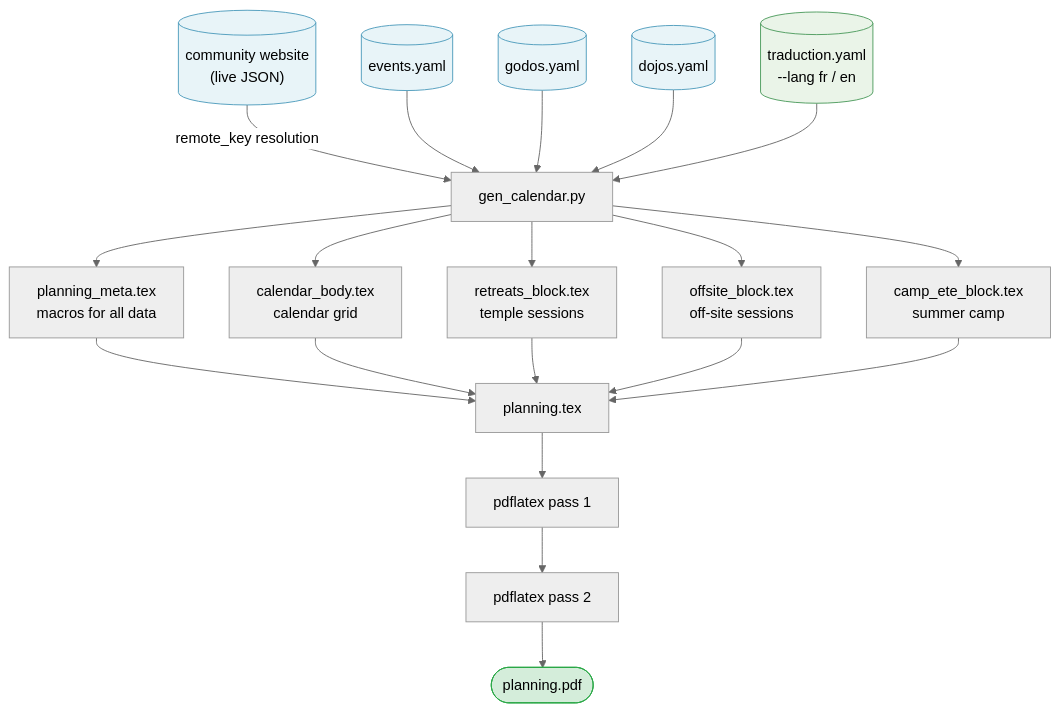
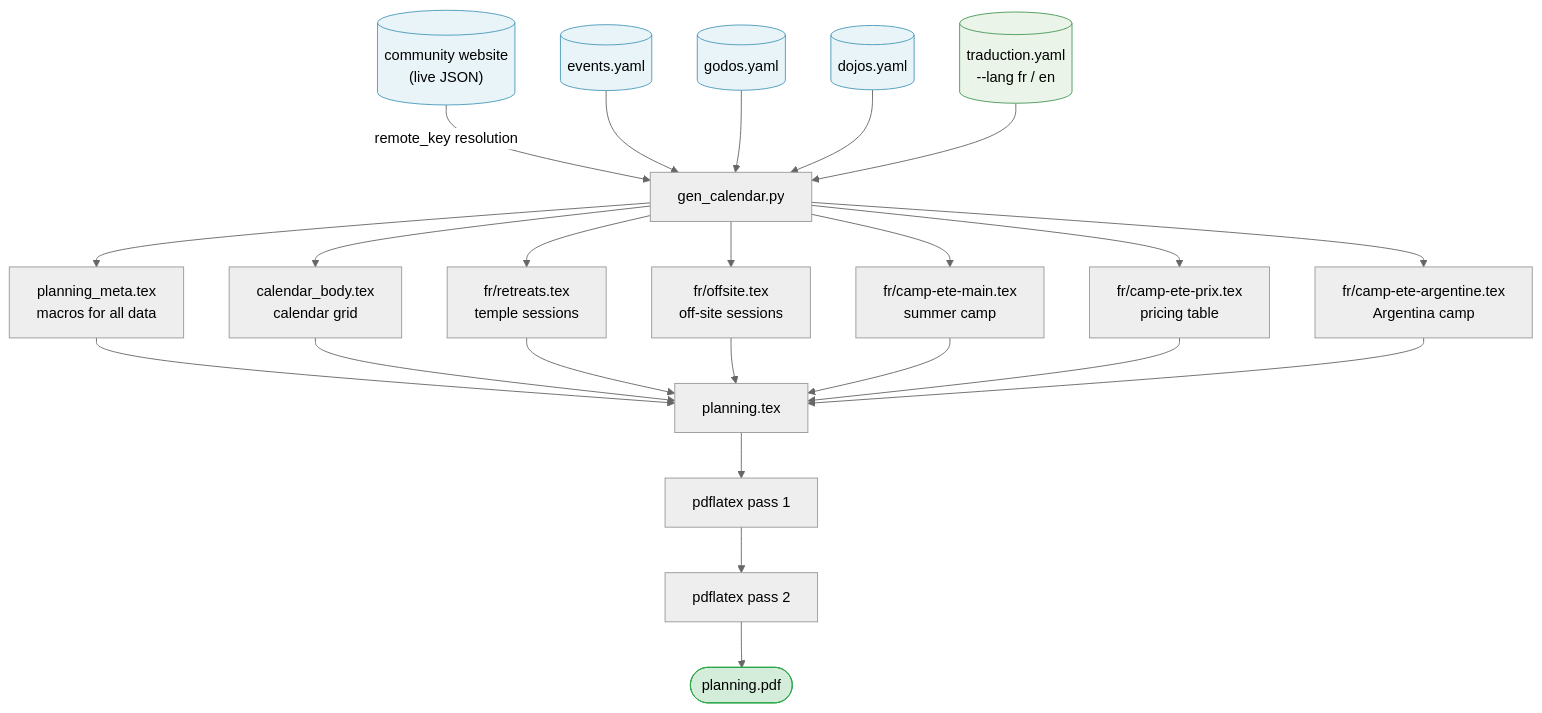
One commit to olivier-carrere/redaction-technique.org changed the diagram in src/content/blog/planning-poster-layout-data-generation-separation.mdx. Above: the diagram before and after it, drawn with Mermaid (neutral theme). The commit also changed other lines of this file, not shown here.

Commit message:
fix(blog): correct diagram to real fr/ filenames, add two missing fragment boxes
retreats_block.tex / offsite_block.tex / camp_ete_block.tex were the wrong
files — planning.tex inputs the fr/ language-specific fragments. Added
camp-ete-prix.tex and camp-ete-argentine.tex so the diagram matches the five
content fragments named in prose.

````diff
--- a/src/content/blog/planning-poster-layout-data-generation-separation.mdx
+++ b/src/content/blog/planning-poster-layout-data-generation-separation.mdx
@@ -48,30 +48,34 @@
 ```mermaid
 flowchart TD
     R[("community website<br/>(live JSON)")] -->|remote_key resolution| G
     EV[(events.yaml)] --> G
     GO[(godos.yaml)] --> G
     DO[(dojos.yaml)] --> G
     TR[(traduction.yaml<br/>--lang fr / en)] --> G
     G[gen_calendar.py] --> M[planning_meta.tex<br/>macros for all data]
     G --> CB[calendar_body.tex<br/>calendar grid]
-    G --> ST[retreats_block.tex<br/>temple sessions]
-    G --> AS[offsite_block.tex<br/>off-site sessions]
-    G --> CE[camp_ete_block.tex<br/>summer camp]
+    G --> ST[fr/retreats.tex<br/>temple sessions]
+    G --> AS[fr/offsite.tex<br/>off-site sessions]
+    G --> CE[fr/camp-ete-main.tex<br/>summer camp]
+    G --> CP[fr/camp-ete-prix.tex<br/>pricing table]
+    G --> CA[fr/camp-ete-argentine.tex<br/>Argentina camp]
 
     M --> P[planning.tex]
     CB --> P
     ST --> P
     AS --> P
     CE --> P
+    CP --> P
+    CA --> P
 
     P --> L1[pdflatex pass 1]
     L1 --> L2[pdflatex pass 2]
     L2 --> F([planning.pdf])
 
     style R fill:#e8f4f8,stroke:#4a9abb
     style EV fill:#e8f4f8,stroke:#4a9abb
     style GO fill:#e8f4f8,stroke:#4a9abb
     style DO fill:#e8f4f8,stroke:#4a9abb
     style TR fill:#eaf4e8,stroke:#4a9a5b
     style F fill:#d4edda,stroke:#28a745
 ```
````
